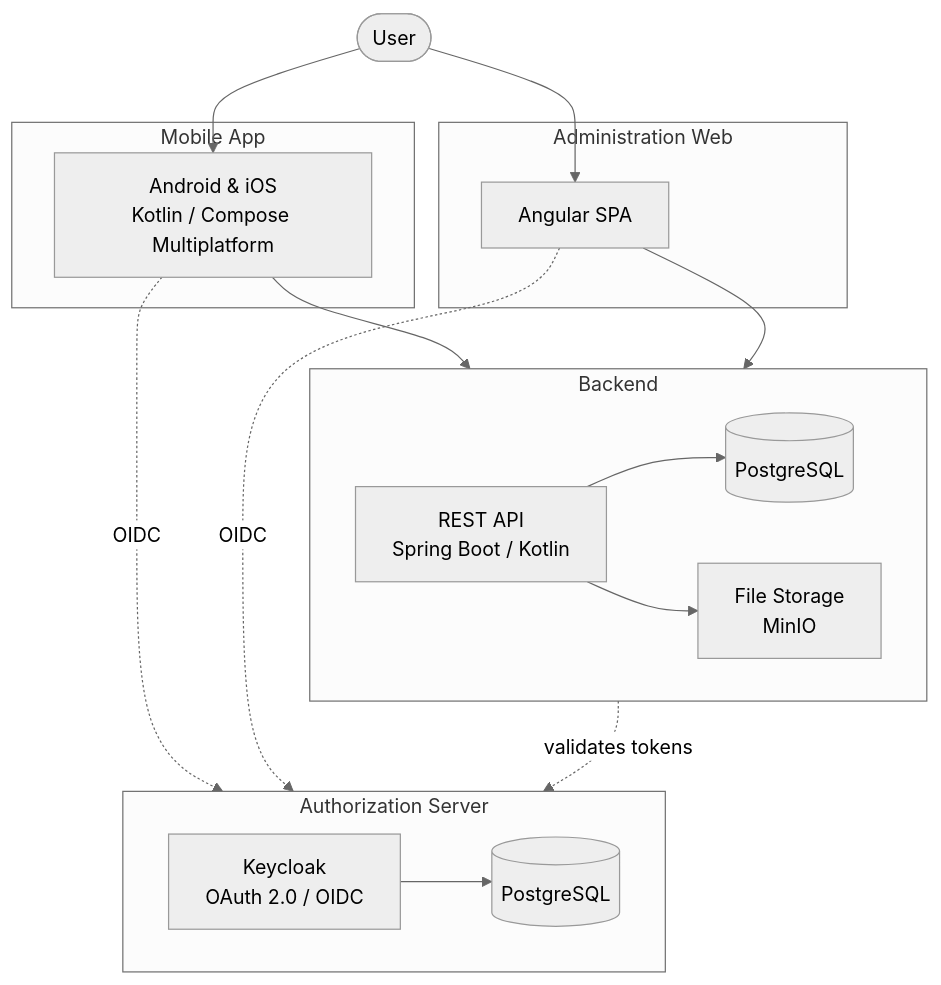
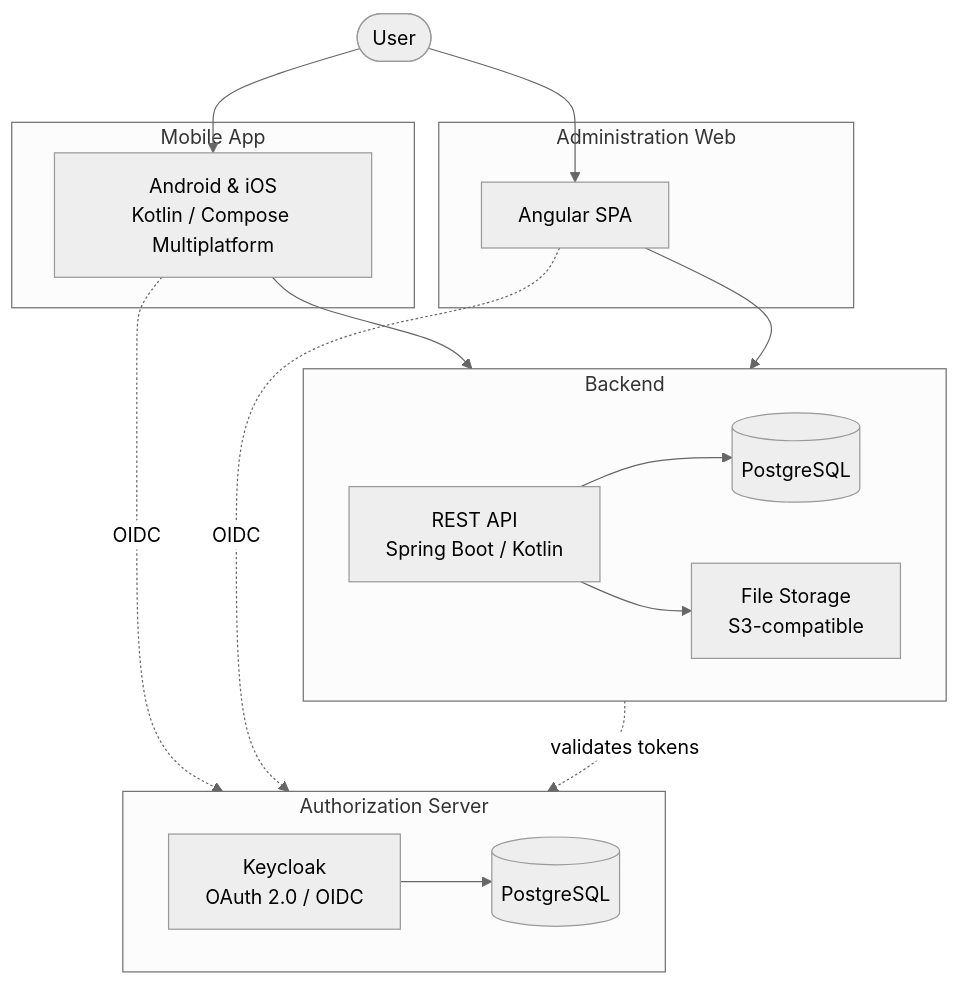
One commit to piskula/TruckerTracker changed the third of 3 diagrams in README.md. Above: the diagram before and after it, drawn with Mermaid (neutral theme). The commit also changed 12 other files, not shown here.

````diff
--- a/README.md
+++ b/README.md
@@ -80,35 +80,35 @@
 ```mermaid
 flowchart TD
     User(["User"])
 
     subgraph Mobile["Mobile App"]
         MobileApp["Android & iOS<br/>Kotlin / Compose Multiplatform"]
     end
 
     subgraph BrowserApp["Administration Web"]
         Angular["Angular SPA"]
     end
 
     subgraph Backend["Backend"]
         direction LR
         API["REST API<br/>Spring Boot / Kotlin"]
         DB[("PostgreSQL")]
-        Files["File Storage<br/>MinIO"]
+        Files["File Storage<br/>S3-compatible"]
     end
 
     subgraph AuthServer["Authorization Server"]
         direction LR
         Keycloak["Keycloak<br/>OAuth 2.0 / OIDC"]
         AuthDB[("PostgreSQL")]
     end
 
     User --> MobileApp
     User --> Angular
     MobileApp --> API
     Angular --> API
     API --> DB & Files
     MobileApp -.->|OIDC| Keycloak
     Angular -.->|OIDC| Keycloak
     API -.->|validates tokens| Keycloak
     Keycloak --> AuthDB
 ```
````
